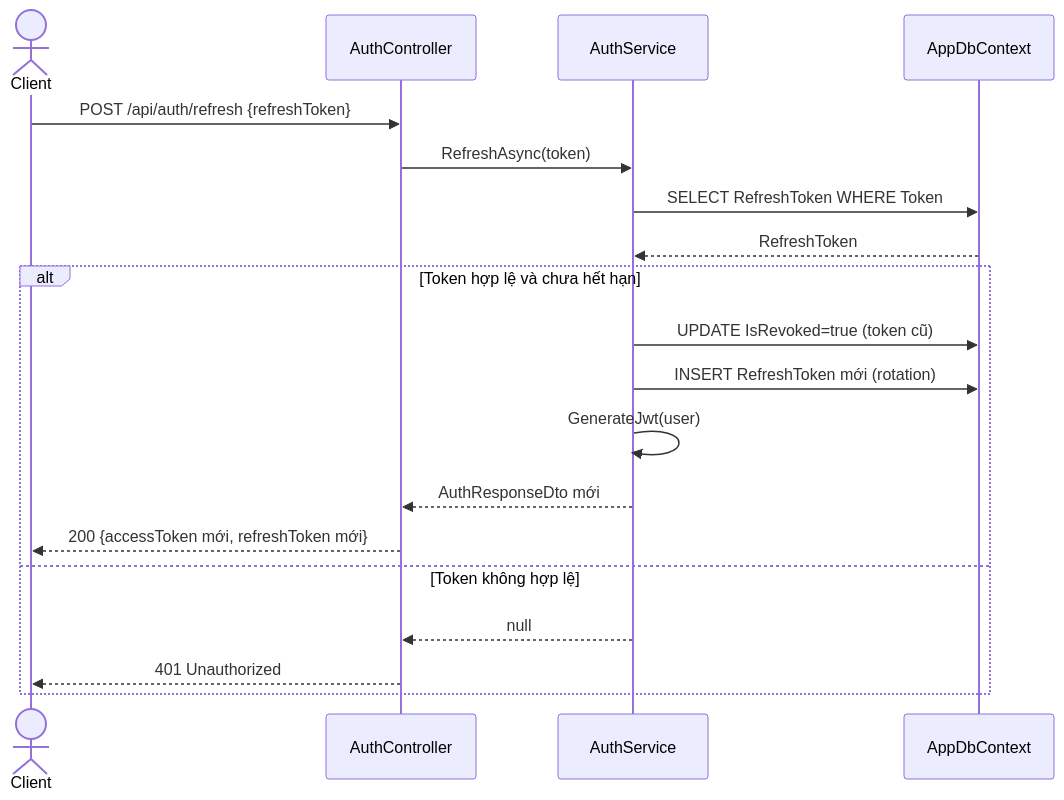
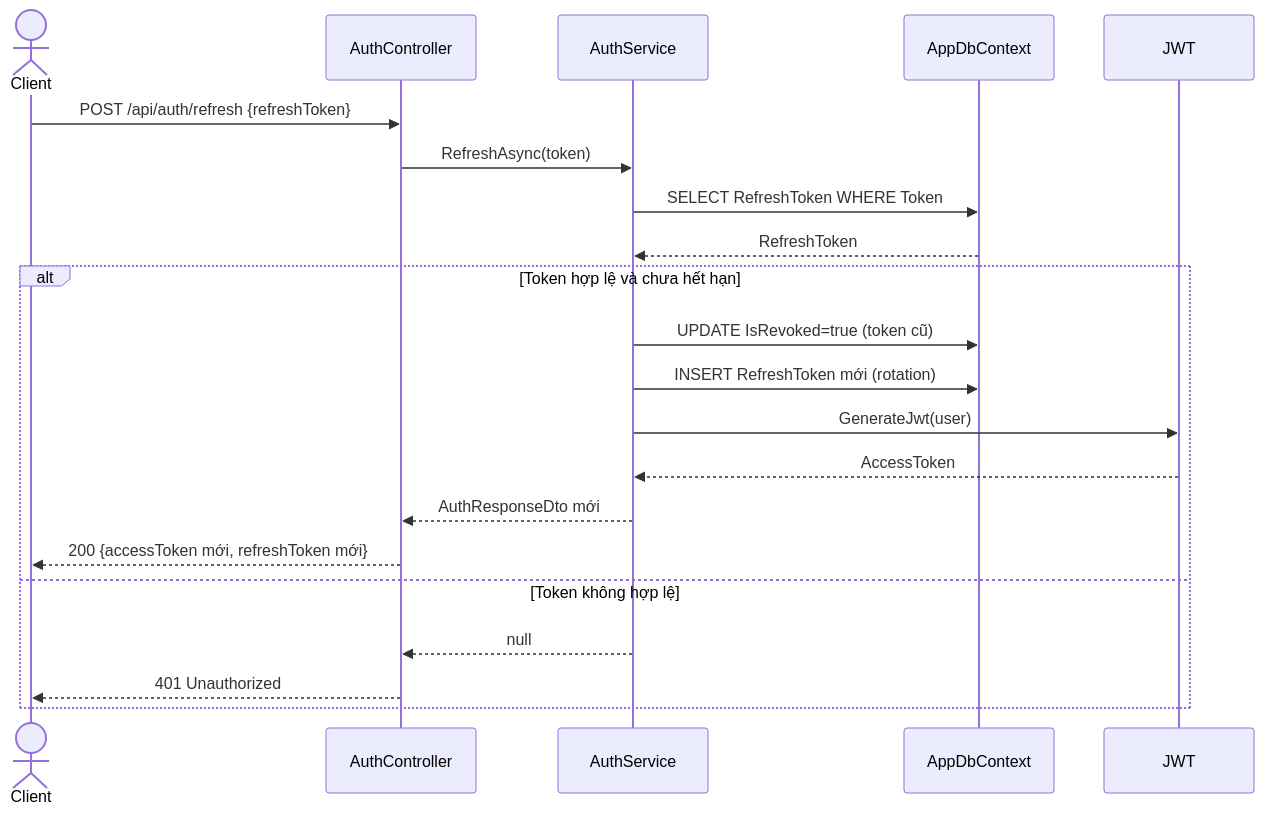
Diagram 13 of 21 in PRD.md (MTai55/TourguideProjectApp), drawn with Mermaid before and after one commit. The commit also changed other lines of this file, not shown here.

Commit message:
diagrams

````diff
--- a/PRD.md
+++ b/PRD.md
@@ -1359,23 +1357,25 @@
 ```mermaid
 sequenceDiagram
     actor Client
     participant AuthController
     participant AuthService
     participant AppDbContext
+    participant JWT
 
     Client->>AuthController: POST /api/auth/refresh {refreshToken}
     AuthController->>AuthService: RefreshAsync(token)
     AuthService->>AppDbContext: SELECT RefreshToken WHERE Token
     AppDbContext-->>AuthService: RefreshToken
 
     alt Token hợp lệ và chưa hết hạn
         AuthService->>AppDbContext: UPDATE IsRevoked=true (token cũ)
         AuthService->>AppDbContext: INSERT RefreshToken mới (rotation)
-        AuthService->>AuthService: GenerateJwt(user)
+        AuthService->>JWT: GenerateJwt(user)
+        JWT-->>AuthService: AccessToken
         AuthService-->>AuthController: AuthResponseDto mới
         AuthController-->>Client: 200 {accessToken mới, refreshToken mới}
     else Token không hợp lệ
         AuthService-->>AuthController: null
         AuthController-->>Client: 401 Unauthorized
     end
 ```
````
